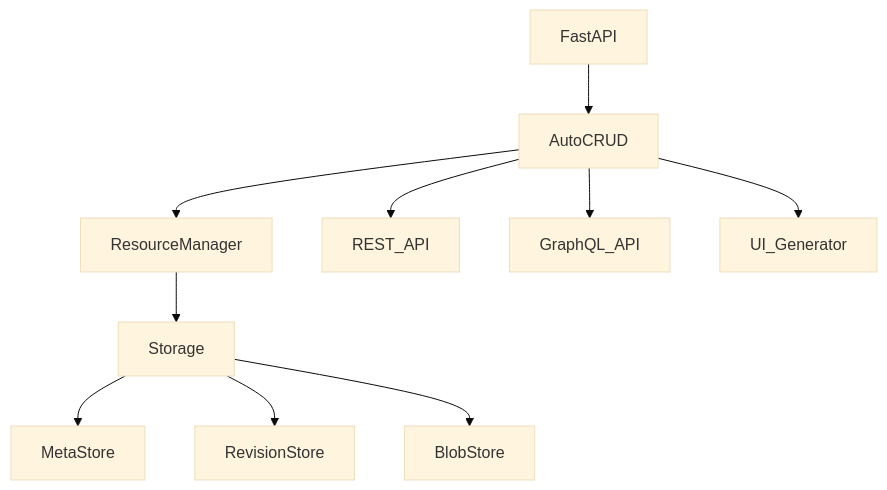
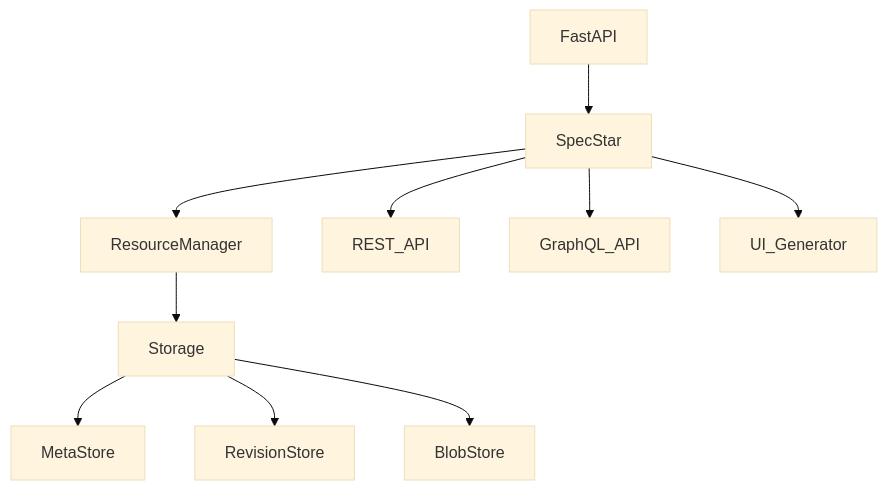
The diagram in README.md (HYChou0515/autocrud), drawn with Mermaid (base theme) before and after one commit. The commit also changed other lines of this file and 1022 other files, not shown here.

````diff
--- a/README.md
+++ b/README.md
@@ -89,15 +89,15 @@
 ```mermaid
 graph TD
 
-FastAPI --> AutoCRUD
-AutoCRUD --> ResourceManager
+FastAPI --> SpecStar
+SpecStar --> ResourceManager
 ResourceManager --> Storage
 
 Storage --> MetaStore
 Storage --> RevisionStore
 Storage --> BlobStore
 
-AutoCRUD --> REST_API
-AutoCRUD --> GraphQL_API
-AutoCRUD --> UI_Generator
+SpecStar --> REST_API
+SpecStar --> GraphQL_API
+SpecStar --> UI_Generator
 ```
````
